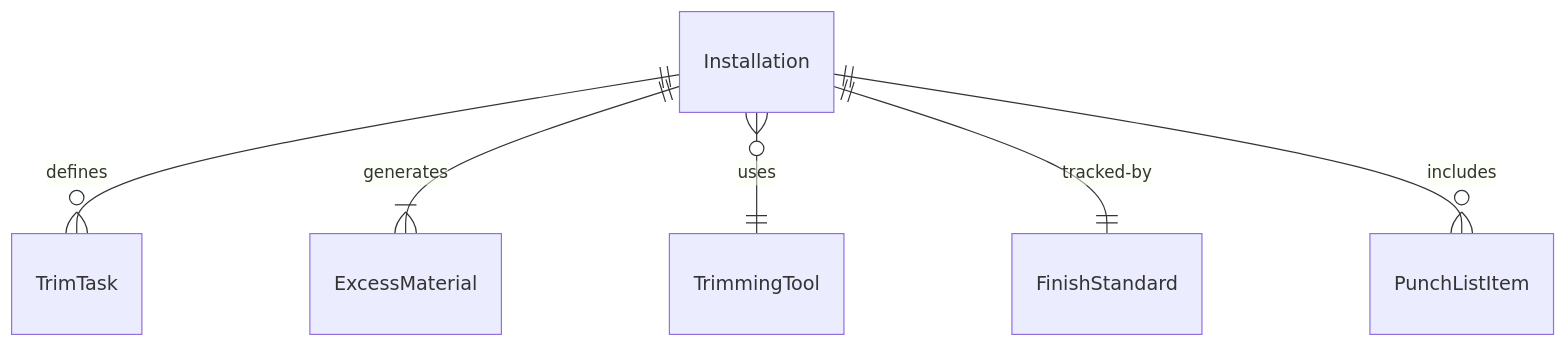
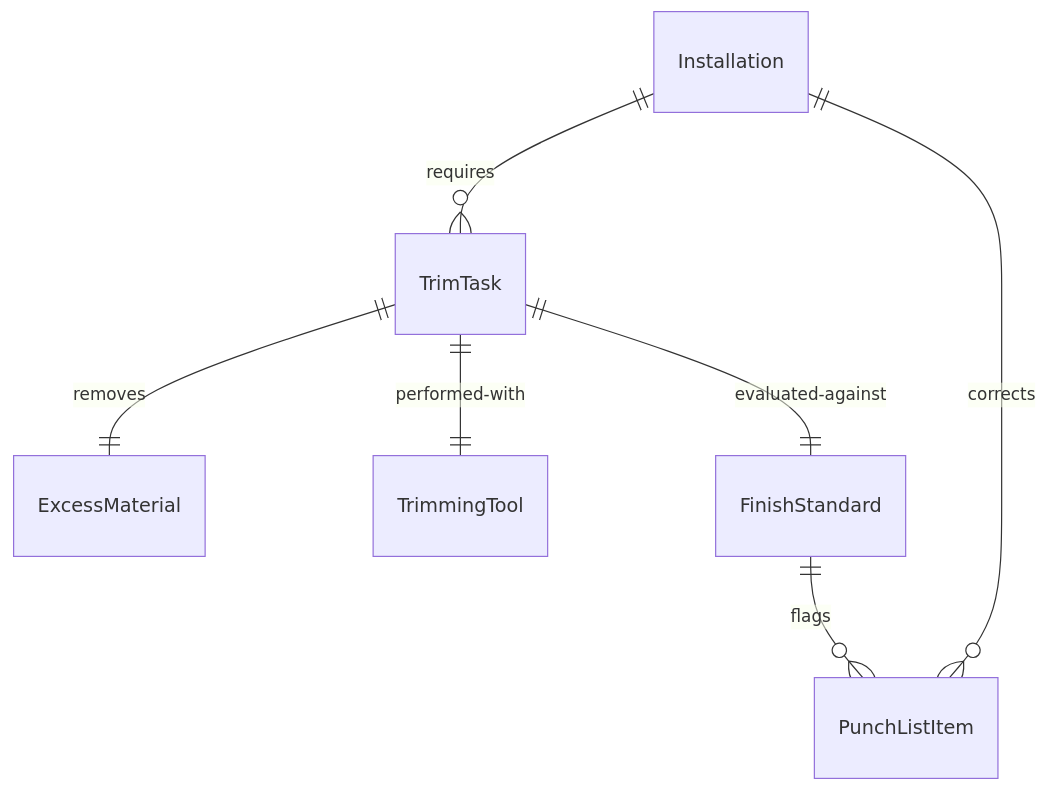
The first of 4 diagrams in HandlingAndMovingObjects/CutMaterials/TrimExcessMaterialInstallations.mdx (dot-org-ai/tasks.org.ai), drawn with Mermaid before and after one commit. The commit also changed other lines of this file and 515 other files, not shown here.

````diff
--- a/HandlingAndMovingObjects/CutMaterials/TrimExcessMaterialInstallations.mdx
+++ b/HandlingAndMovingObjects/CutMaterials/TrimExcessMaterialInstallations.mdx
@@ -87,8 +87,9 @@
 ```mermaid
 erDiagram
-    Installation ||--o{ TrimTask : "defines"
-    Installation ||--|{ ExcessMaterial : "generates"
-    Installation }o--|| TrimmingTool : "uses"
-    Installation ||--|| FinishStandard : "tracked-by"
-    Installation ||--o{ PunchListItem : "includes"
+    Installation ||--o{ TrimTask : "requires"
+    TrimTask ||--|| ExcessMaterial : "removes"
+    TrimTask ||--|| TrimmingTool : "performed-with"
+    TrimTask ||--|| FinishStandard : "evaluated-against"
+    FinishStandard ||--o{ PunchListItem : "flags"
+    PunchListItem }o--|| Installation : "corrects"
 ```
````
